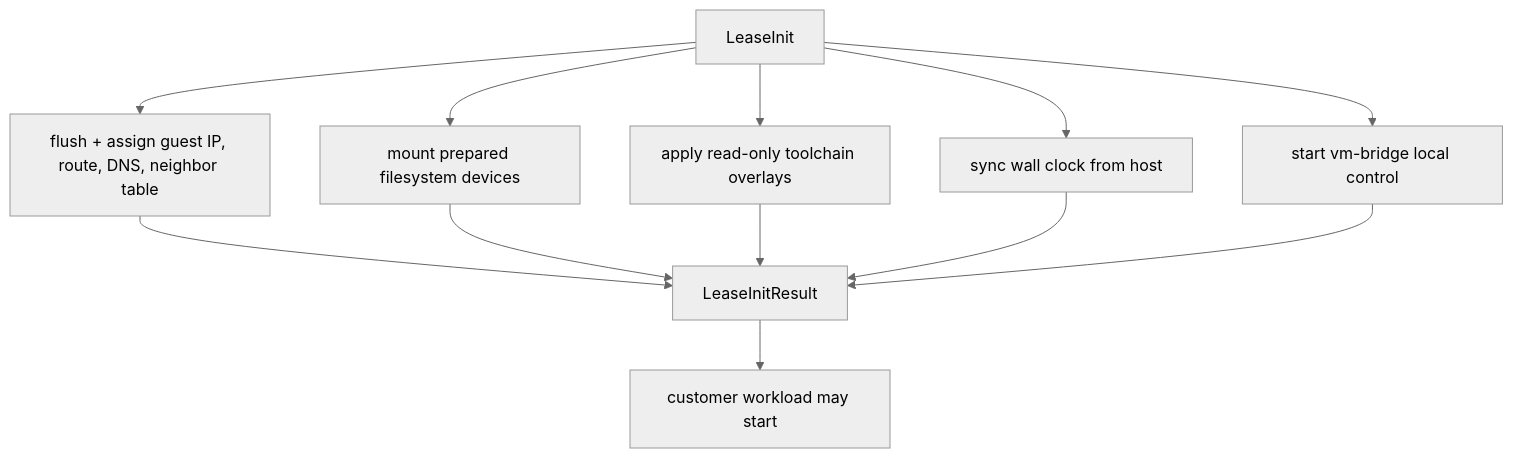
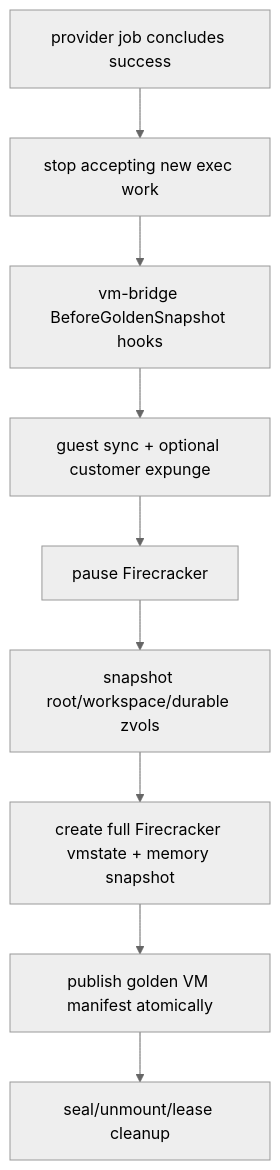
The fourth of 6 diagrams in src/substrate/vm-orchestrator/docs/firecracker-snapshot-lifecycle.md (guardian-intelligence/verself), drawn with Mermaid (neutral theme) before and after one commit. The commit also changed other lines of this file and 14 other files, not shown here.

Commit message:
Document golden VM snapshot artifacts

````diff
--- a/src/substrate/vm-orchestrator/docs/firecracker-snapshot-lifecycle.md
+++ b/src/substrate/vm-orchestrator/docs/firecracker-snapshot-lifecycle.md
@@ -94,14 +105,11 @@
 ```mermaid
 flowchart TD
-    leaseinit["LeaseInit"] --> network["flush + assign guest IP, route, DNS, neighbor table"]
-    leaseinit --> mounts["mount prepared filesystem devices"]
-    leaseinit --> overlays["apply read-only toolchain overlays"]
-    leaseinit --> clock["sync wall clock from host"]
-    leaseinit --> local["start vm-bridge local control"]
-    network --> result["LeaseInitResult"]
-    mounts --> result
-    overlays --> result
-    clock --> result
-    local --> result
-    result --> workload["customer workload may start"]
+    success["provider job concludes success"] --> stop["stop accepting new exec work"]
+    stop --> before["vm-bridge BeforeGoldenSnapshot hooks"]
+    before --> sync["guest sync + optional customer expunge"]
+    sync --> pause["pause Firecracker"]
+    pause --> zfs["snapshot root/workspace/durable zvols"]
+    zfs --> fc["create full Firecracker vmstate + memory snapshot"]
+    fc --> manifest["publish golden VM manifest atomically"]
+    manifest --> cleanup["seal/unmount/lease cleanup"]
 ```
````
